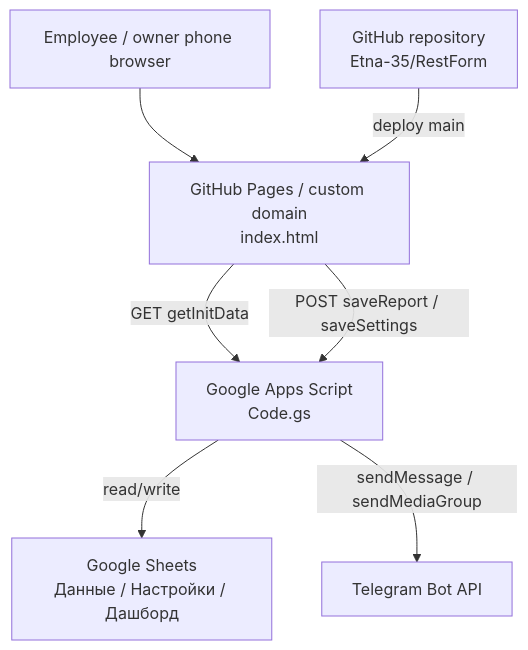
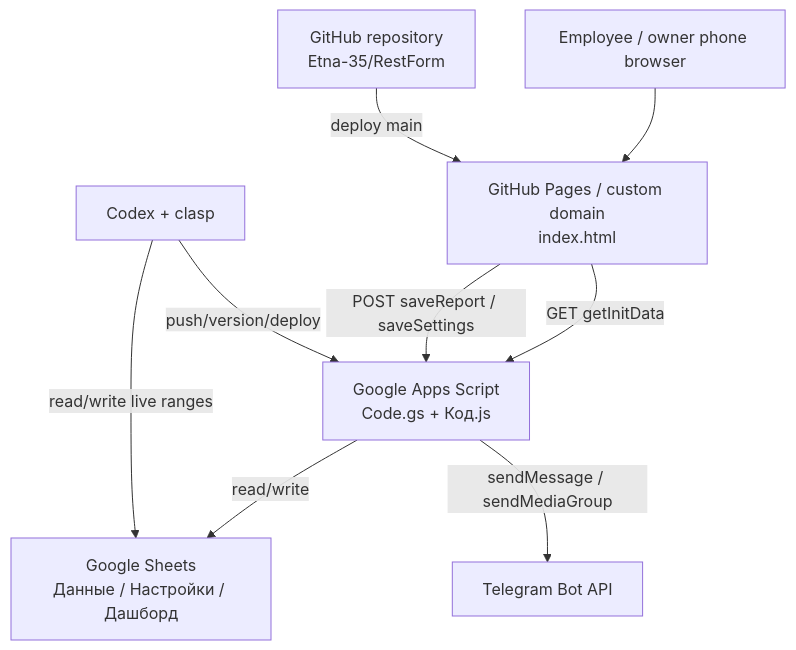
The diagram in .codex-memory/03_ARCHITECTURE.md (Etna-35/RestForm), drawn with Mermaid before and after one commit. The commit also changed other lines of this file and 14 other files, not shown here.

Commit message:
Add Yandex Food revenue flow

````diff
--- a/.codex-memory/03_ARCHITECTURE.md
+++ b/.codex-memory/03_ARCHITECTURE.md
@@ -44,9 +47,11 @@
 ```mermaid
 flowchart TD
     A["Employee / owner phone browser"] --> B["GitHub Pages / custom domain<br/>index.html"]
-    B -->|"GET getInitData"| C["Google Apps Script<br/>Code.gs"]
+    B -->|"GET getInitData"| C["Google Apps Script<br/>Code.gs + Код.js"]
     B -->|"POST saveReport / saveSettings"| C
     C -->|"read/write"| D["Google Sheets<br/>Данные / Настройки / Дашборд"]
     C -->|"sendMessage / sendMediaGroup"| E["Telegram Bot API"]
     F["GitHub repository<br/>Etna-35/RestForm"] -->|"deploy main"| B
+    G["Codex + clasp"] -->|"push/version/deploy"| C
+    G -->|"read/write live ranges"| D
 ```
````
